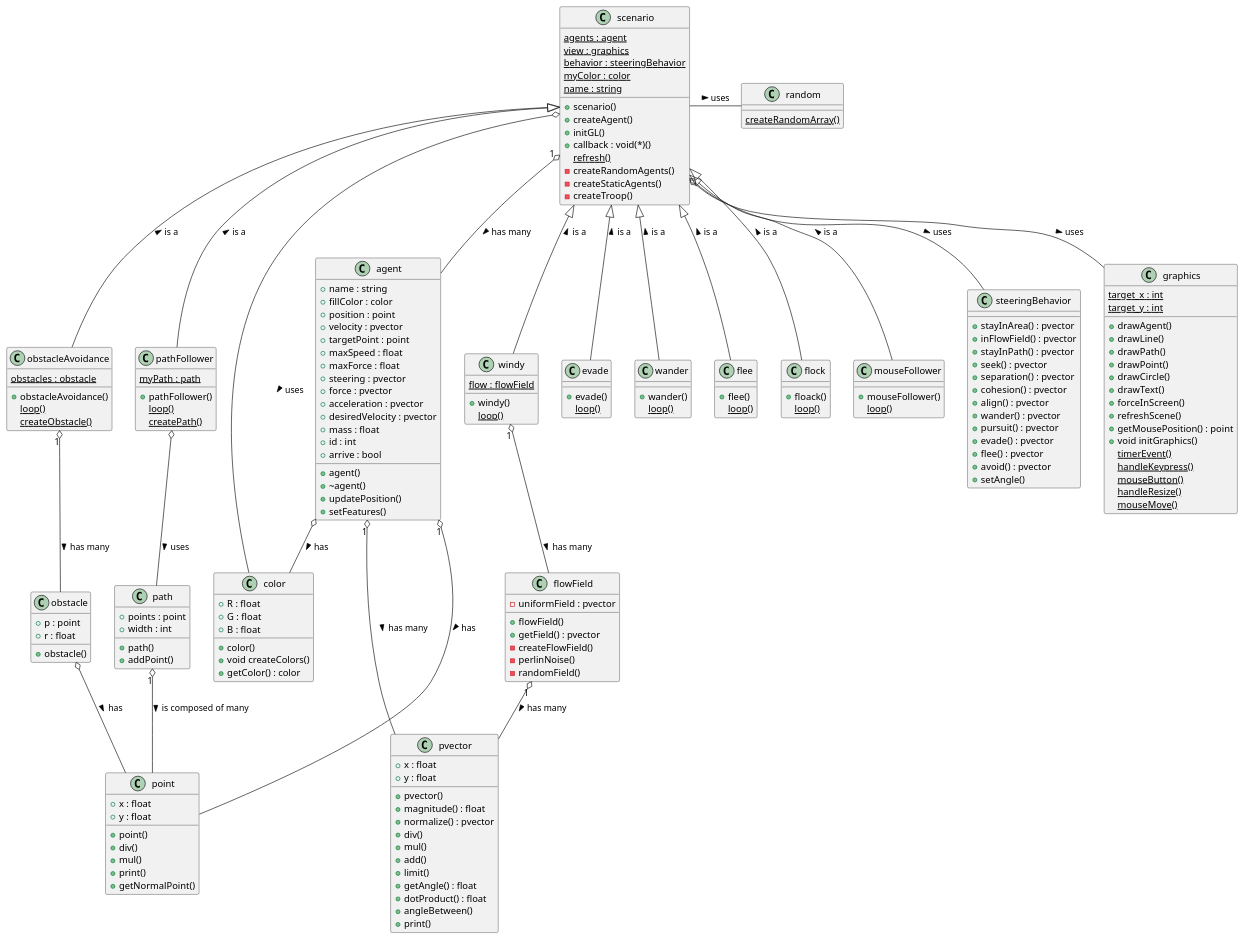
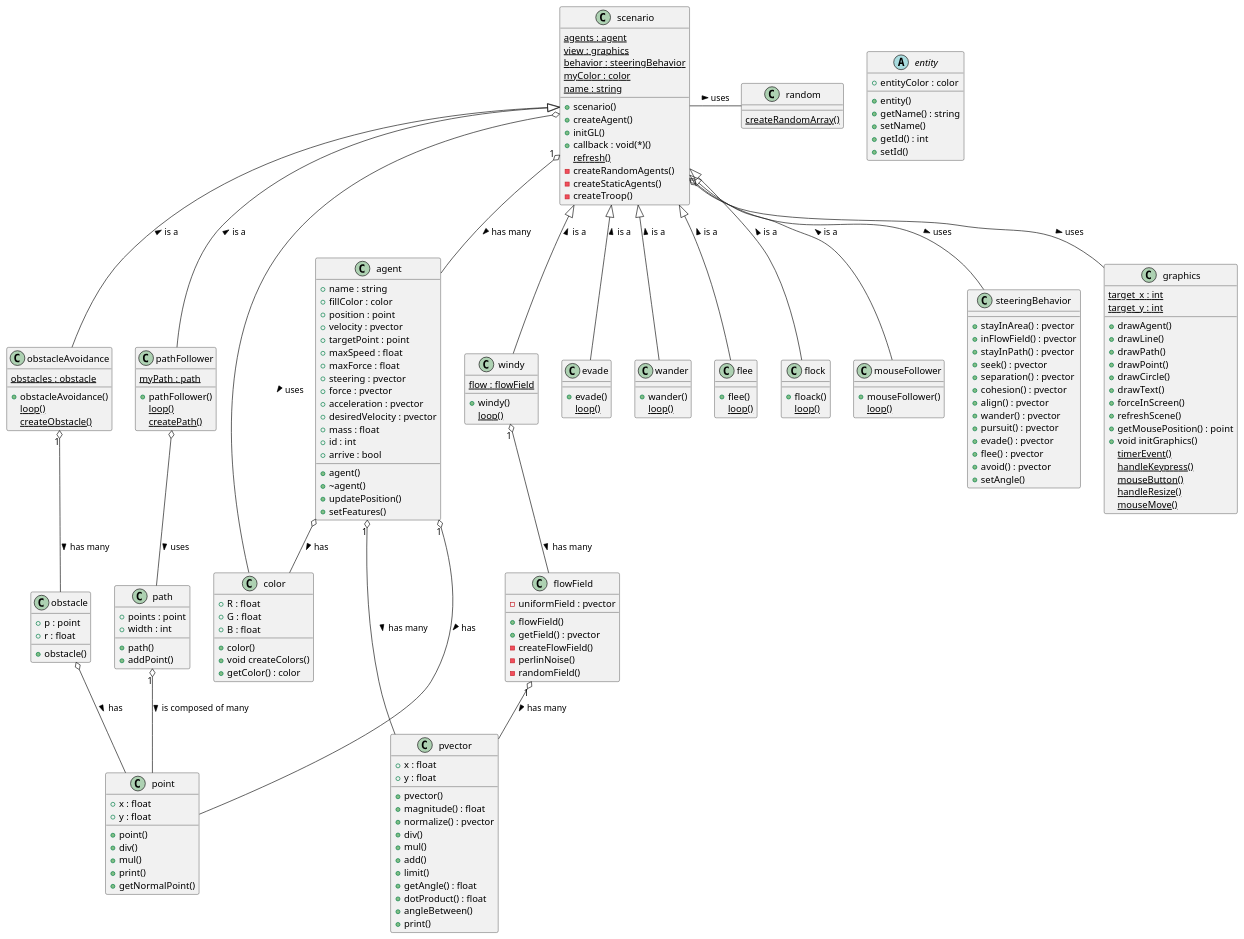
One commit to mehmetrizaoz/autonomousSteeringAgents changed the diagram in docs/uml/class_diagram.puml. Above: the diagram before and after it, drawn with PlantUML. The commit also changed 2 other files, not shown here.

Commit message:
entity class added to class diagram

```diff
--- a/docs/uml/class_diagram.puml
+++ b/docs/uml/class_diagram.puml
@@ -1,9 +1,19 @@
-@startuml class
+@startuml class_diagram
+
 class pathFollower{
   +pathFollower()
   {static}loop()
   {static}createPath()
   {static}myPath : path
+}
+
+abstract class "entity"{
+  +entity()
+  +getName() : string
+  +setName()
+  +getId() : int
+  +setId()
+  +entityColor : color
 }
 
 class evade{
```
